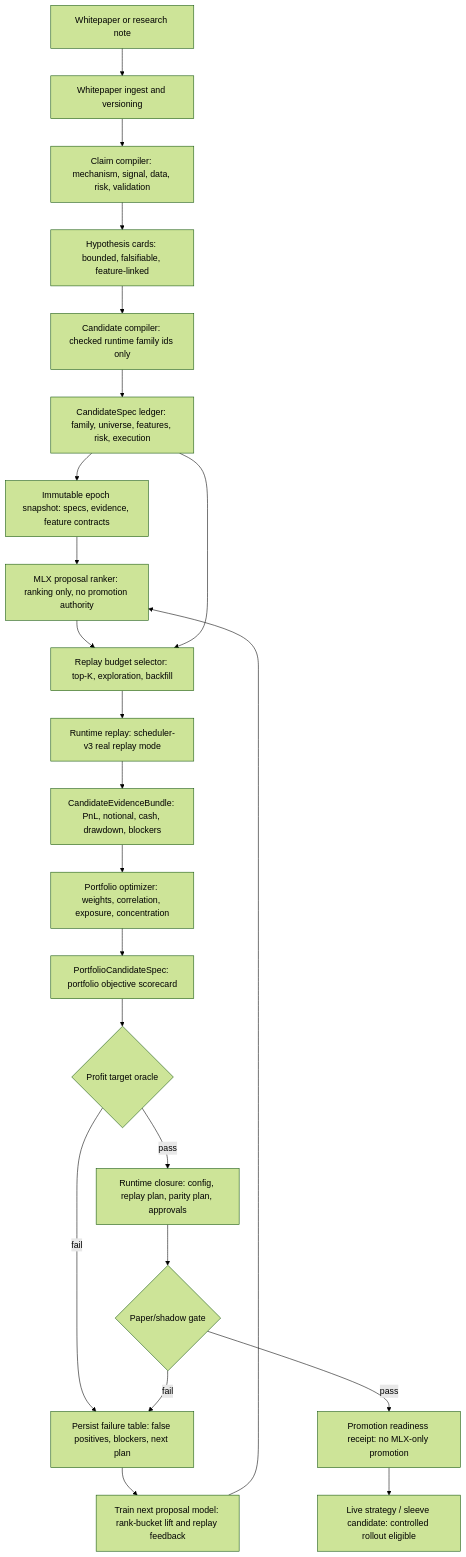
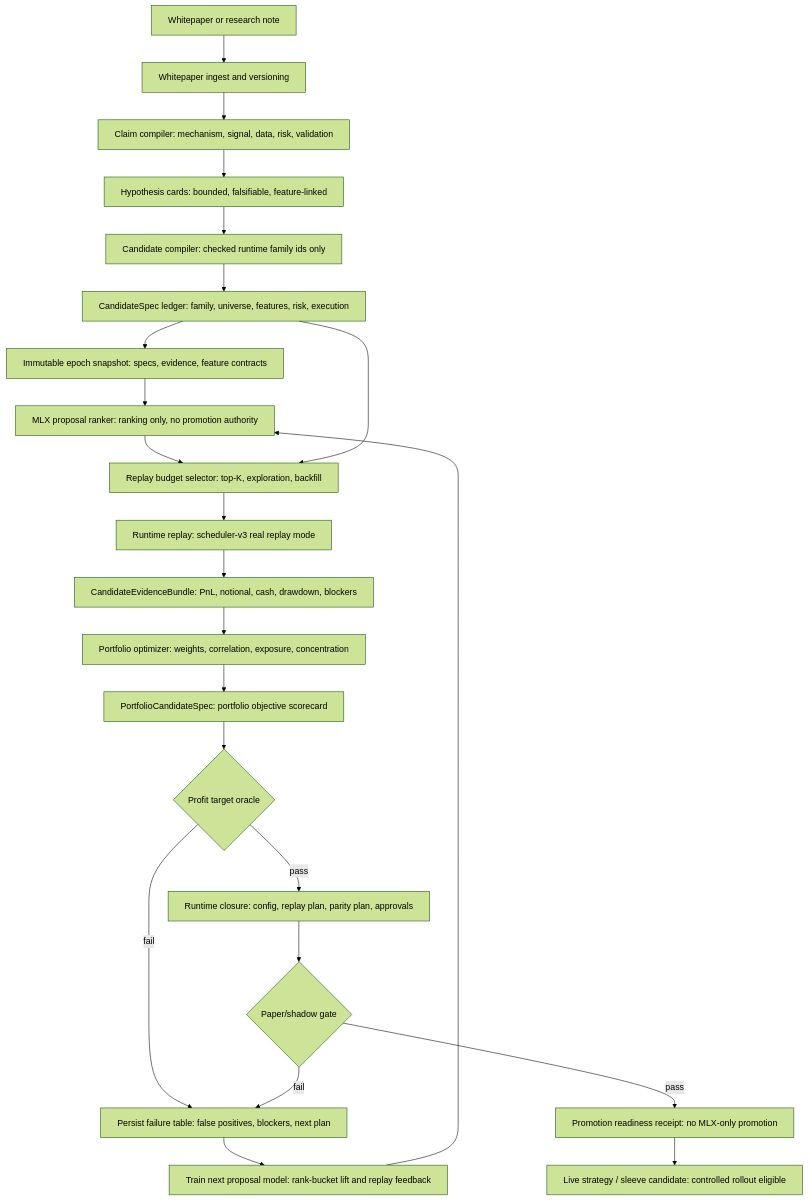
Before and after one commit to proompteng/lab: the first of 3 diagrams in docs/torghut/design-system/v6/214-torghut-current-whitepaper-to-profitable-strategy-workflow-2026-05-16.md, drawn with Mermaid (forest theme). The commit also changed 7 other files, not shown here.

````diff
--- a/docs/torghut/design-system/v6/214-torghut-current-whitepaper-to-profitable-strategy-workflow-2026-05-16.md
+++ b/docs/torghut/design-system/v6/214-torghut-current-whitepaper-to-profitable-strategy-workflow-2026-05-16.md
@@ -16,29 +16,30 @@
 ```mermaid
+%%{init: {"flowchart": {"wrappingWidth": 1000}}}%%
 flowchart TD
   Paper["Whitepaper or research note"] --> Ingest["Whitepaper ingest and versioning"]
   Ingest --> Claims["Claim compiler: mechanism, signal, data, risk, validation"]
   Claims --> Cards["Hypothesis cards: bounded, falsifiable, feature-linked"]
   Cards --> Factory["Candidate compiler: checked runtime family ids only"]
   Factory --> Specs["CandidateSpec ledger: family, universe, features, risk, execution"]
 
   Specs --> Snapshot["Immutable epoch snapshot: specs, evidence, feature contracts"]
   Snapshot --> MLX["MLX proposal ranker: ranking only, no promotion authority"]
   MLX --> Budget["Replay budget selector: top-K, exploration, backfill"]
   Specs --> Budget
 
   Budget --> Replay["Runtime replay: scheduler-v3 real replay mode"]
   Replay --> Evidence["CandidateEvidenceBundle: PnL, notional, cash, drawdown, blockers"]
   Evidence --> Optimizer["Portfolio optimizer: weights, correlation, exposure, concentration"]
   Optimizer --> Portfolio["PortfolioCandidateSpec: portfolio objective scorecard"]
 
   Portfolio --> Oracle{"Profit target oracle"}
   Oracle -->|"fail"| LedgerFail["Persist failure table: false positives, blockers, next plan"]
   LedgerFail --> Train["Train next proposal model: rank-bucket lift and replay feedback"]
   Train --> MLX
 
   Oracle -->|"pass"| Closure["Runtime closure: config, replay plan, parity plan, approvals"]
   Closure --> Shadow{"Paper/shadow gate"}
   Shadow -->|"fail"| LedgerFail
   Shadow -->|"pass"| Promotion["Promotion readiness receipt: no MLX-only promotion"]
   Promotion --> LiveSleeve["Live strategy / sleeve candidate: controlled rollout eligible"]
 ```
````
